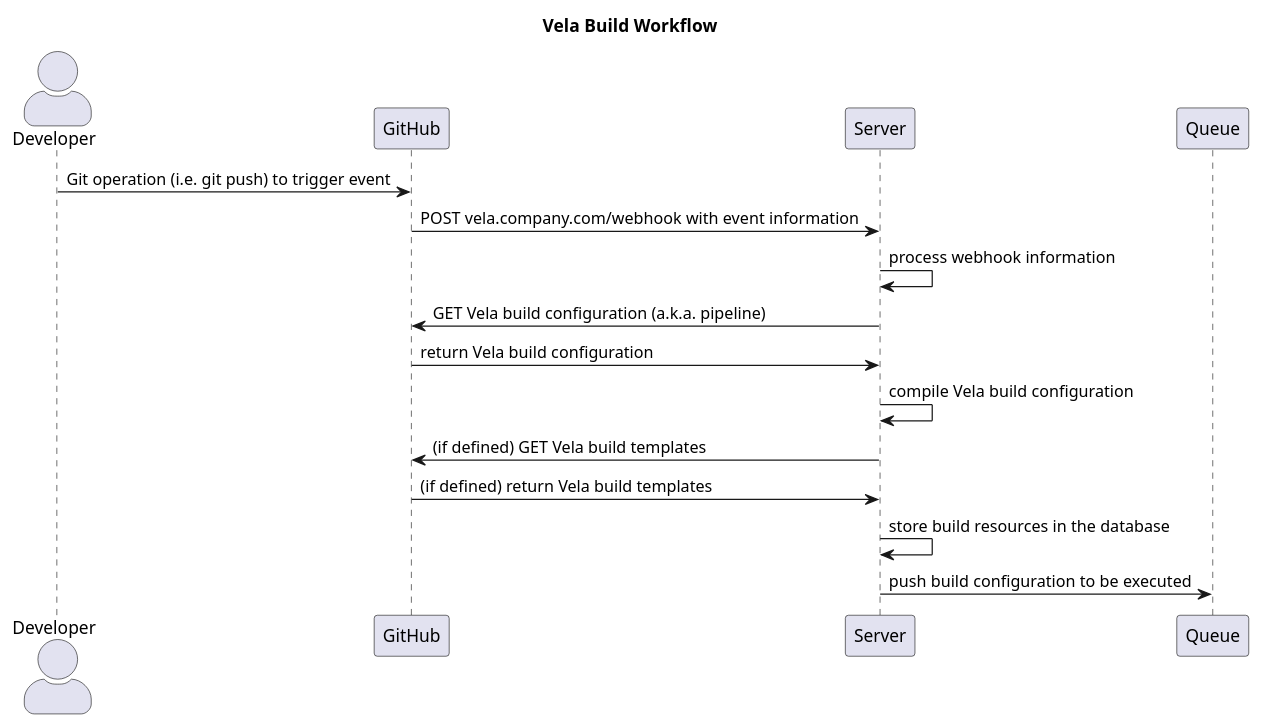
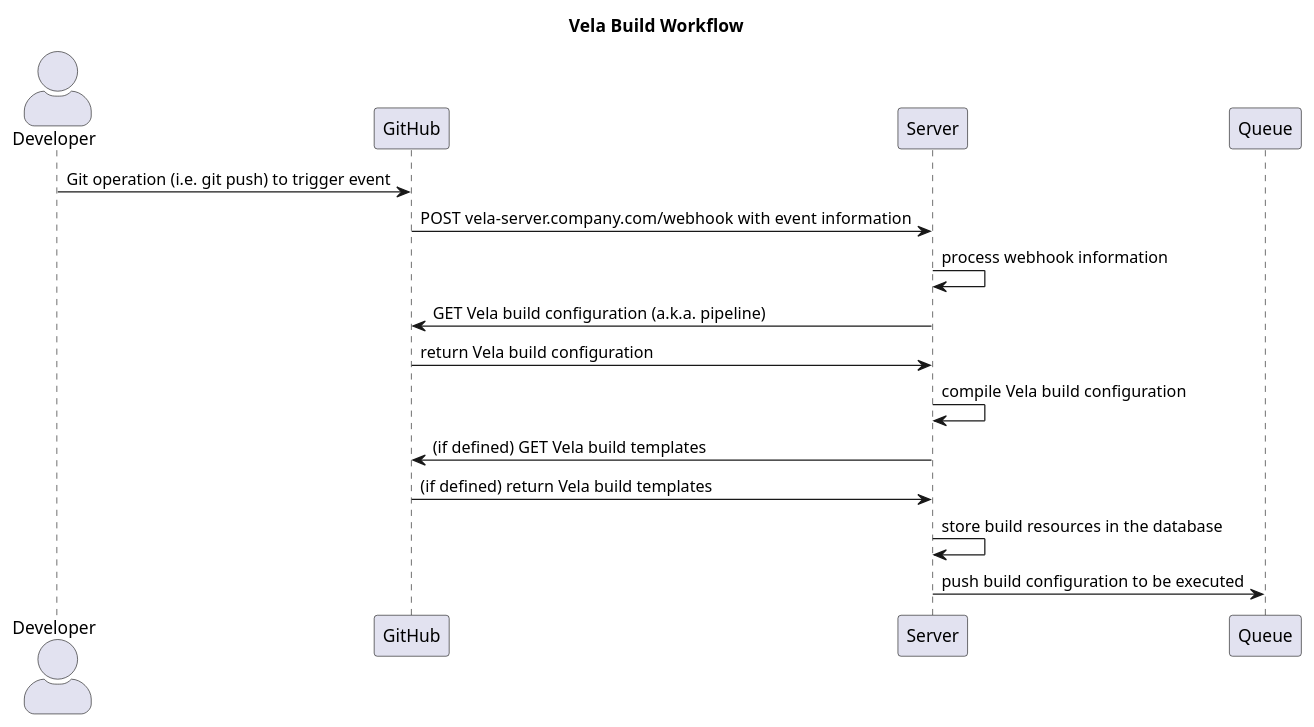
Before and after one commit to jbrockopp/docs: the diagram in content/administration/server/build_workflow.puml, drawn with PlantUML. The commit also changed 18 other files, not shown here.

```diff
--- a/content/administration/server/build_workflow.puml
+++ b/content/administration/server/build_workflow.puml
@@ -1,23 +1,23 @@
 @startuml
 
 title Vela Build Workflow
 
 skinparam actorStyle awesome
 actor "Developer" as Developer
 
 participant "GitHub" as Github
 participant "Server" as Server
 participant "Queue" as Queue
 
 Developer -> Github : Git operation (i.e. git push) to trigger event
-Github -> Server : POST vela.company.com/webhook with event information
+Github -> Server : POST vela-server.company.com/webhook with event information
 Server -> Server : process webhook information
 Server -> Github : GET Vela build configuration (a.k.a. pipeline)
 Github -> Server : return Vela build configuration
 Server -> Server : compile Vela build configuration
 Server -> Github : (if defined) GET Vela build templates
 Github -> Server : (if defined) return Vela build templates
 Server -> Server : store build resources in the database
 Server -> Queue : push build configuration to be executed
 
 @enduml
```
